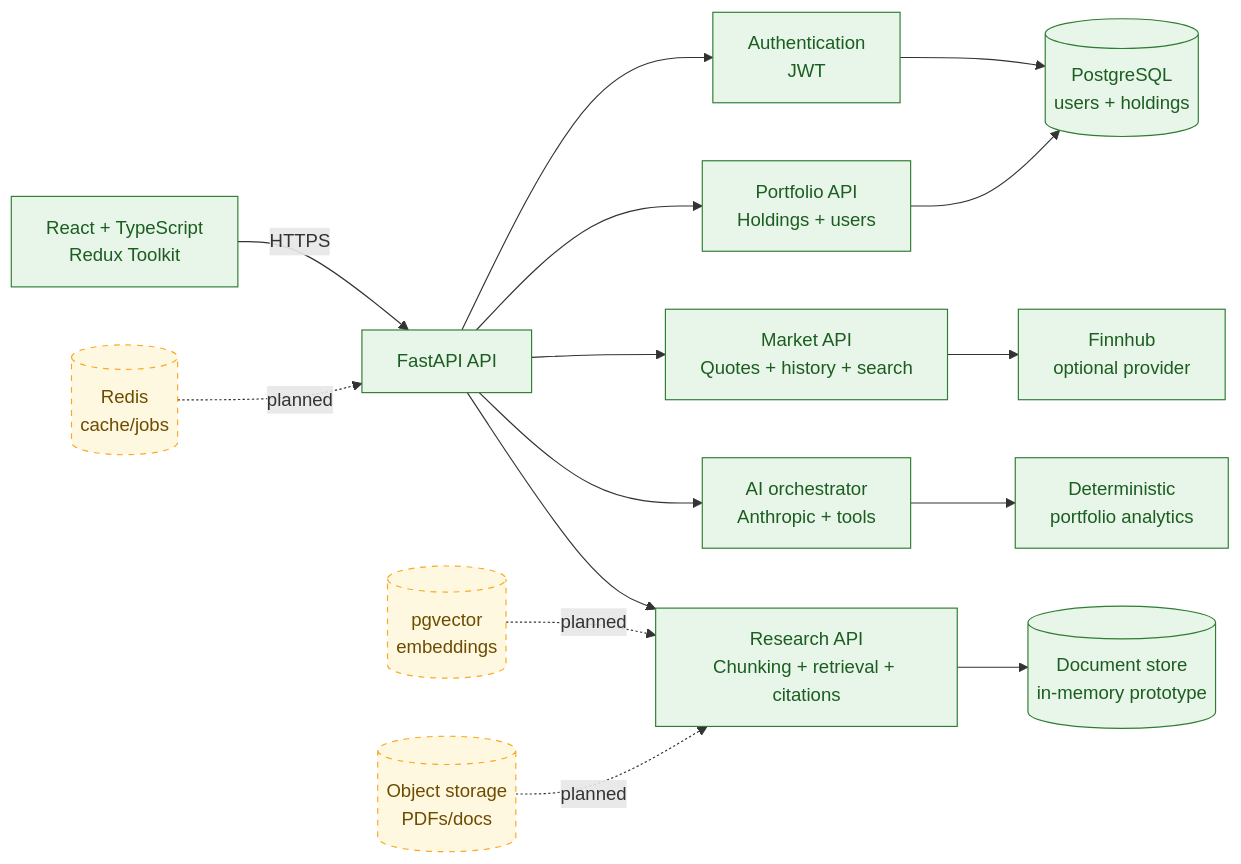
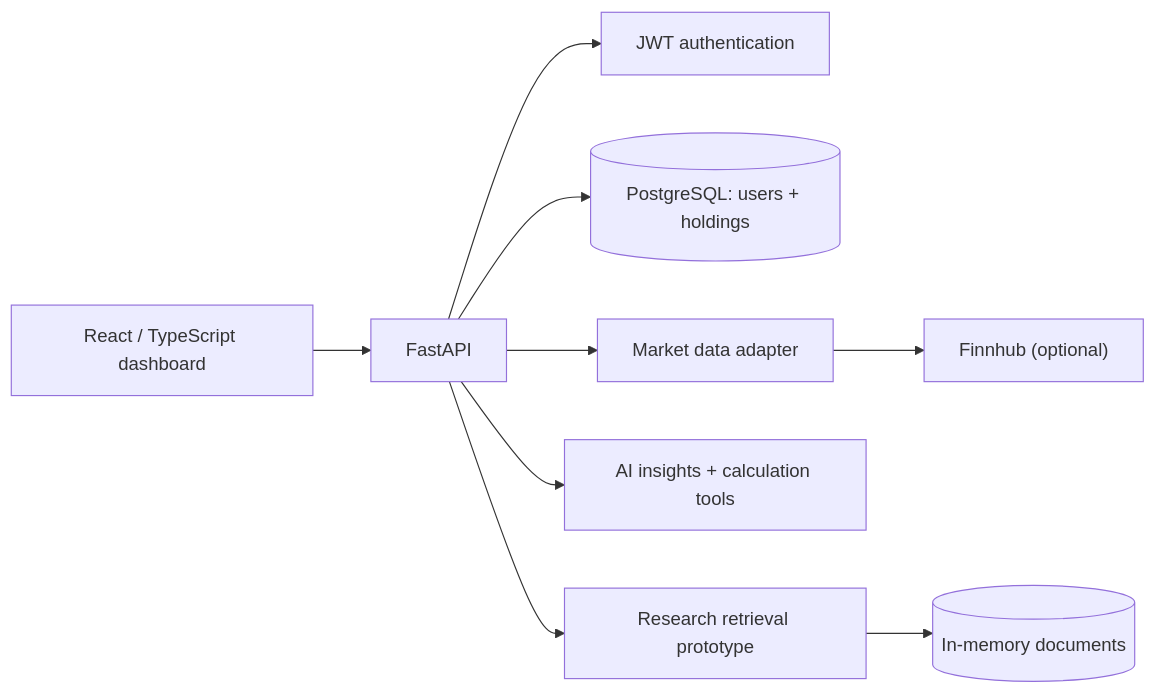
Before and after one commit to FarnazNK/finvision: the diagram in README.md, drawn with Mermaid. The commit also changed other lines of this file, not shown here.

Commit message:
Rewrite README as concise public engineering portfolio

````diff
--- a/README.md
+++ b/README.md
@@ -40,25 +48,11 @@
 ```mermaid
 flowchart LR
-    browser["React + TypeScript<br/>Redux Toolkit"] -->|HTTPS| api["FastAPI API"]
-
-    api --> auth["Authentication<br/>JWT"]
-    api --> portfolio["Portfolio API<br/>Holdings + users"]
-    api --> markets["Market API<br/>Quotes + history + search"]
-    api --> insights["AI orchestrator<br/>Anthropic + tools"]
-    api --> research["Research API<br/>Chunking + retrieval + citations"]
-
-    auth --> postgres[("PostgreSQL<br/>users + holdings")]
-    portfolio --> postgres
-    markets --> finnhub["Finnhub<br/>optional provider"]
-    insights --> analytics["Deterministic<br/>portfolio analytics"]
-    research --> documents[("Document store<br/>in-memory prototype")]
-
-    redis[("Redis<br/>cache/jobs")] -. planned .-> api
-    pgvector[("pgvector<br/>embeddings")] -. planned .-> research
-    objectstore[("Object storage<br/>PDFs/docs")] -. planned .-> research
-
-    classDef current fill:#e8f5e9,stroke:#2e7d32,color:#1b5e20
-    classDef planned fill:#fff8e1,stroke:#f9a825,color:#6d4c00,stroke-dasharray: 5 5
-    class browser,api,auth,portfolio,markets,insights,research,postgres,finnhub,analytics,documents current
-    class redis,pgvector,objectstore planned
+    UI["React / TypeScript dashboard"] --> API["FastAPI"]
+    API --> AUTH["JWT authentication"]
+    API --> DB[("PostgreSQL: users + holdings")]
+    API --> MARKETS["Market data adapter"]
+    MARKETS --> FINNHUB["Finnhub (optional)"]
+    API --> AI["AI insights + calculation tools"]
+    API --> RAG["Research retrieval prototype"]
+    RAG --> MEMORY[("In-memory documents")]
 ```
````
